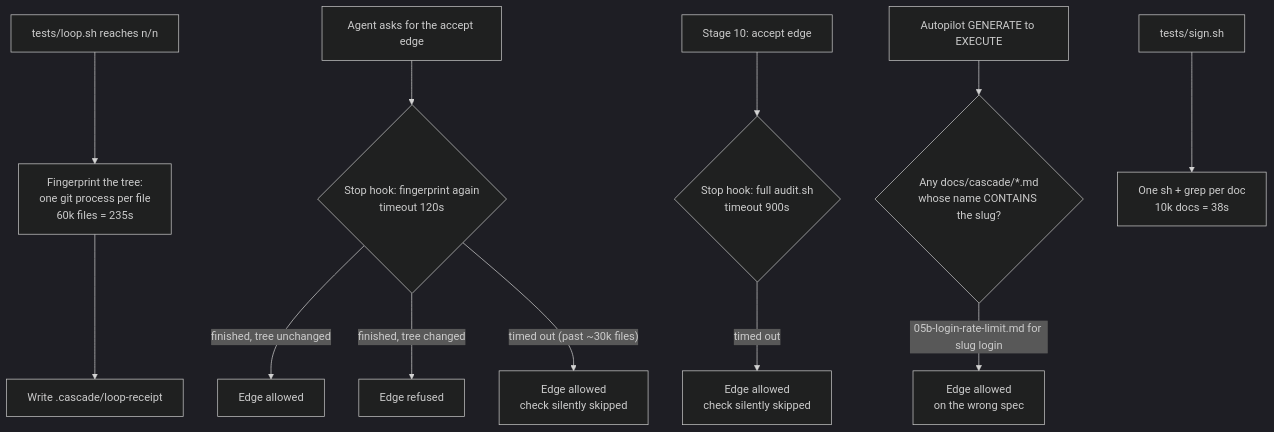
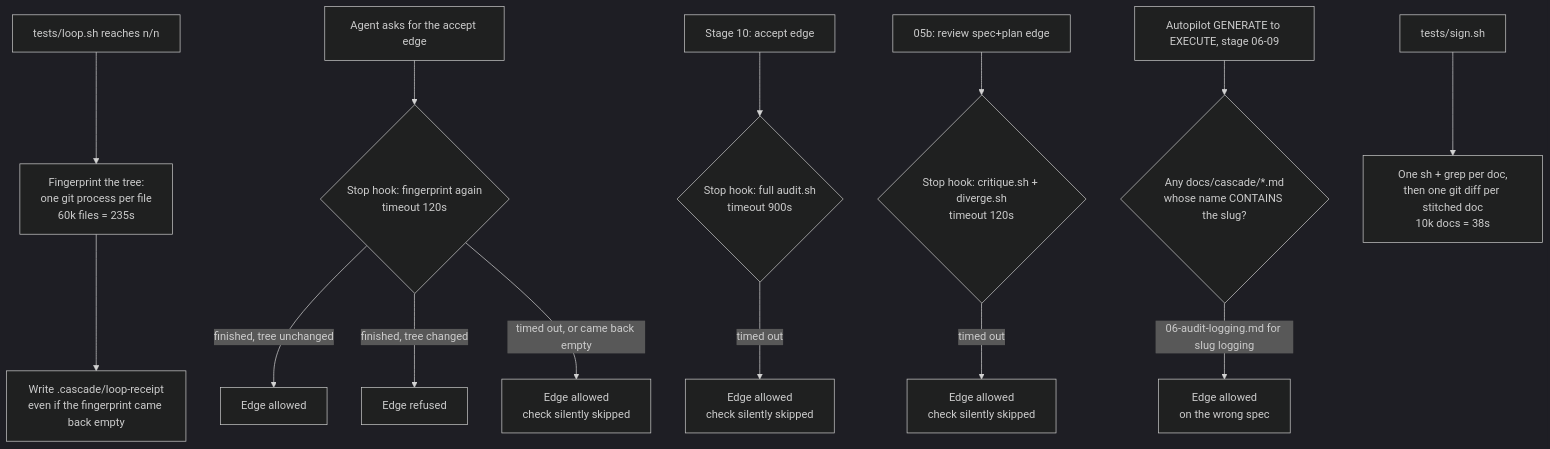
Before and after one commit to kadaluarsa/barbaric-driven-development: the first of 2 diagrams in docs/cascade/05b-t59-scale-hardening.md, drawn with Mermaid (dark theme). The commit also changed other lines of this file and 1 other file, not shown here.

First line of the commit message:
GENERATE 05b t59-scale-hardening: answer all 10 critic findings — scheme check for plugin mode, flag-proof and write-free fingerprint, third fail-open, two-process sign scan

````diff
--- a/docs/cascade/05b-t59-scale-hardening.md
+++ b/docs/cascade/05b-t59-scale-hardening.md
@@ -55,14 +59,16 @@
 ```mermaid
 flowchart TD
     L["tests/loop.sh reaches n/n"] --> F1["Fingerprint the tree:<br/>one git process per file<br/>60k files = 235s"]
-    F1 --> R1["Write .cascade/loop-receipt"]
+    F1 --> R1["Write .cascade/loop-receipt<br/>even if the fingerprint came back empty"]
     A["Agent asks for the accept edge"] --> S1{"Stop hook: fingerprint again<br/>timeout 120s"}
     S1 -- "finished, tree unchanged" --> OK1["Edge allowed"]
     S1 -- "finished, tree changed" --> NO1["Edge refused"]
-    S1 -- "timed out (past ~30k files)" --> OPEN1["Edge allowed<br/>check silently skipped"]
+    S1 -- "timed out, or came back empty" --> OPEN1["Edge allowed<br/>check silently skipped"]
     T["Stage 10: accept edge"] --> S2{"Stop hook: full audit.sh<br/>timeout 900s"}
     S2 -- "timed out" --> OPEN2["Edge allowed<br/>check silently skipped"]
-    G["Autopilot GENERATE to EXECUTE"] --> SP1{"Any docs/cascade/*.md<br/>whose name CONTAINS the slug?"}
-    SP1 -- "05b-login-rate-limit.md for slug login" --> OPEN3["Edge allowed<br/>on the wrong spec"]
-    SG["tests/sign.sh"] --> SC1["One sh + grep per doc<br/>10k docs = 38s"]
+    SPE["05b: review spec+plan edge"] --> S5{"Stop hook: critique.sh + diverge.sh<br/>timeout 120s"}
+    S5 -- "timed out" --> OPEN4["Edge allowed<br/>check silently skipped"]
+    G["Autopilot GENERATE to EXECUTE, stage 06-09"] --> SP1{"Any docs/cascade/*.md<br/>whose name CONTAINS the slug?"}
+    SP1 -- "06-audit-logging.md for slug logging" --> OPEN3["Edge allowed<br/>on the wrong spec"]
+    SG["tests/sign.sh"] --> SC1["One sh + grep per doc,<br/>then one git diff per stitched doc<br/>10k docs = 38s"]
 ```
````
